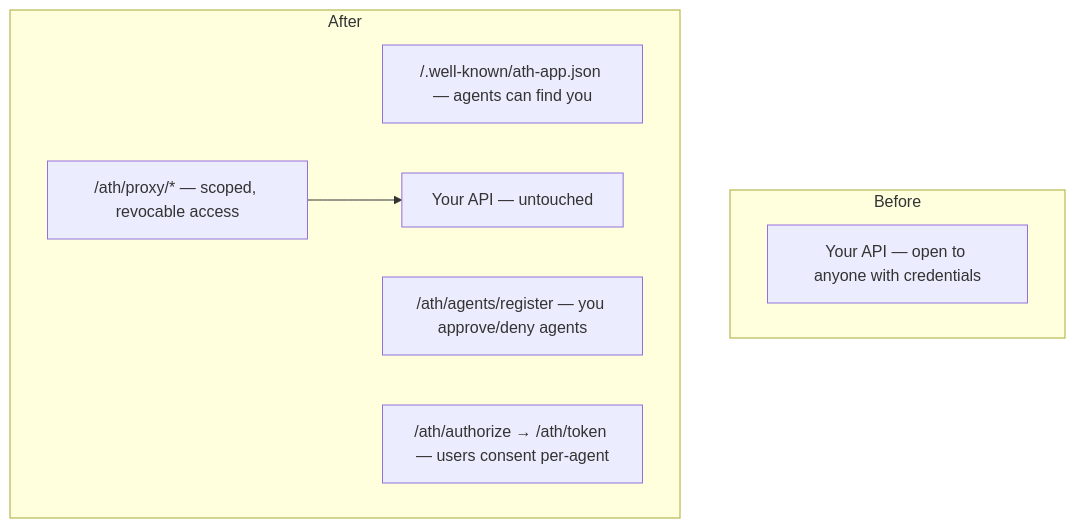
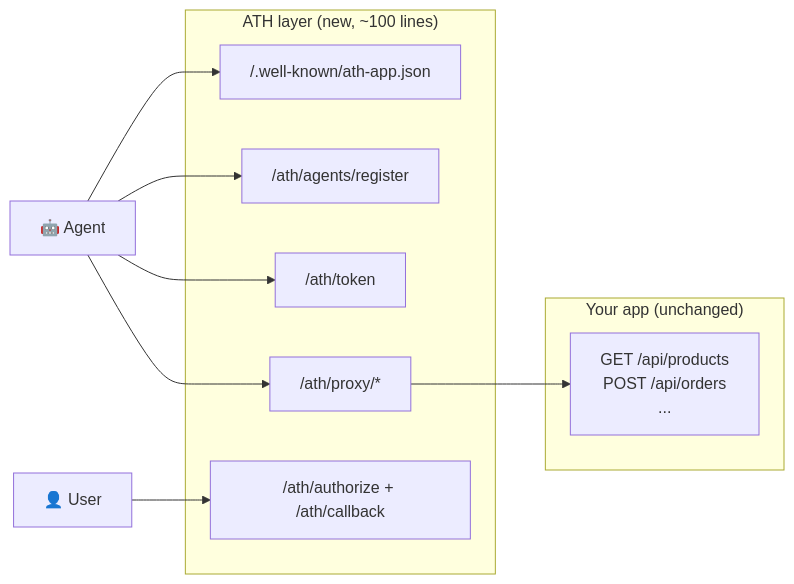
Before and after one commit to ath-protocol/docs: the second of 2 diagrams in add-ath-to-your-app/tutorial.mdx, drawn with Mermaid. The commit also changed other lines of this file and 9 other files, not shown here.

````diff
--- a/add-ath-to-your-app/tutorial.mdx
+++ b/add-ath-to-your-app/tutorial.mdx
@@ -249,15 +322,21 @@
 ```mermaid
-graph TB
-    subgraph "Before"
-        API1["Your API — open to anyone with credentials"]
+graph LR
+    subgraph "Your app (unchanged)"
+        API["GET /api/products<br/>POST /api/orders<br/>..."]
     end
     
-    subgraph "After"
-        Discovery2["/.well-known/ath-app.json — agents can find you"]
-        Register2["/ath/agents/register — you approve/deny agents"]
-        Auth2["/ath/authorize → /ath/token — users consent per-agent"]
-        Proxy2["/ath/proxy/* — scoped, revocable access"]
-        API2["Your API — untouched"]
-        Proxy2 --> API2
+    subgraph "ATH layer (new, ~100 lines)"
+        D["/.well-known/ath-app.json"]
+        R["/ath/agents/register"]
+        A["/ath/authorize + /ath/callback"]
+        T["/ath/token"]
+        P["/ath/proxy/*"]
     end
+    
+    Agent["🤖 Agent"] --> D
+    Agent --> R
+    Agent --> T
+    Agent --> P
+    P --> API
+    Browser["👤 User"] --> A
 ```
````
